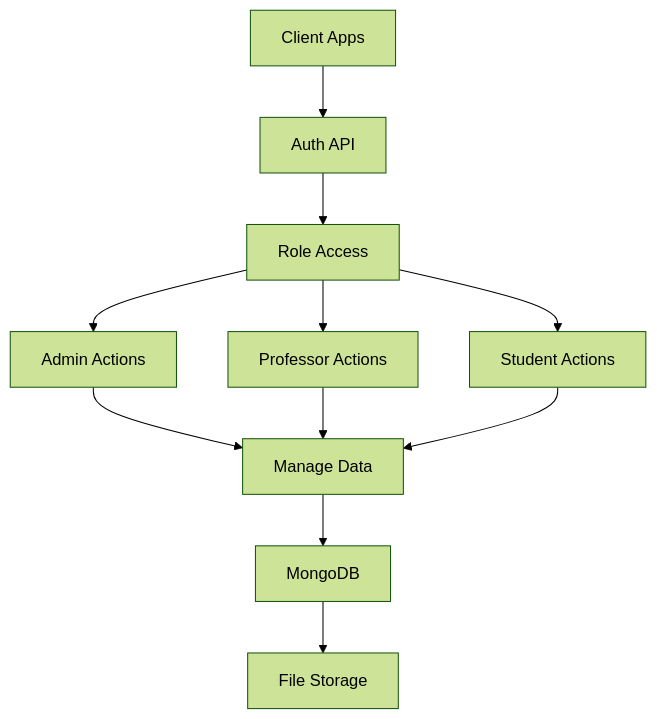
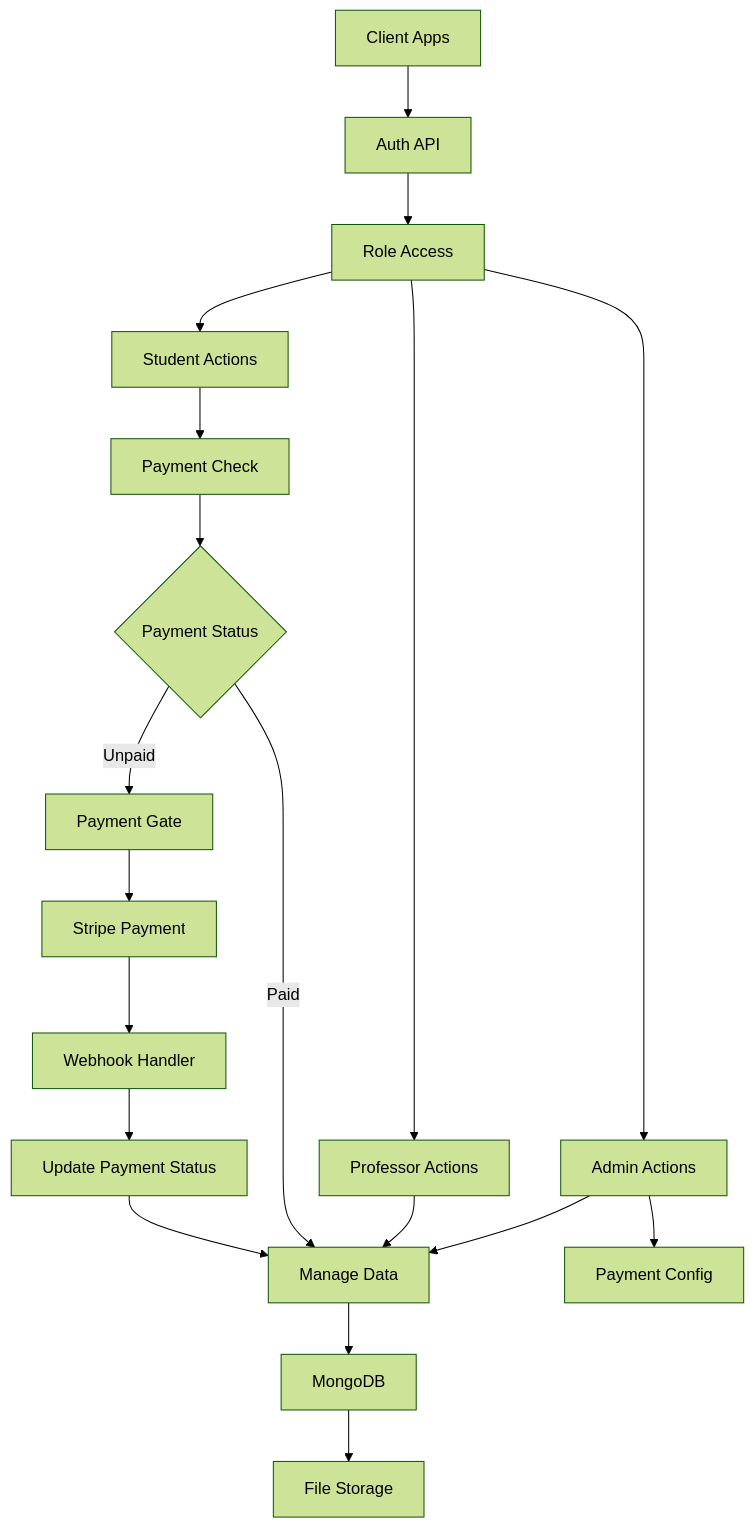
Before and after one commit to elfeshawy17/ELearning-Project: the tenth of 10 diagrams in README.md, drawn with Mermaid (forest theme). The commit also changed other lines of this file, not shown here.

````diff
--- a/README.md
+++ b/README.md
@@ -264,13 +385,21 @@
 ```mermaid
 graph TD
     A[Client Apps] --> B[Auth API]
     B --> C[Role Access]
     C --> D[Admin Actions]
     C --> E[Professor Actions]
     C --> F[Student Actions]
     D --> G[Manage Data]
+    D --> H[Payment Config]
     E --> G
-    F --> G
-    G --> H[MongoDB]
-    H --> I[File Storage]
+    F --> I[Payment Check]
+    I --> J{Payment Status}
+    J -->|Paid| G
+    J -->|Unpaid| K[Payment Gate]
+    K --> L[Stripe Payment]
+    L --> M[Webhook Handler]
+    M --> N[Update Payment Status]
+    N --> G
+    G --> O[MongoDB]
+    O --> P[File Storage]
 ```
````
